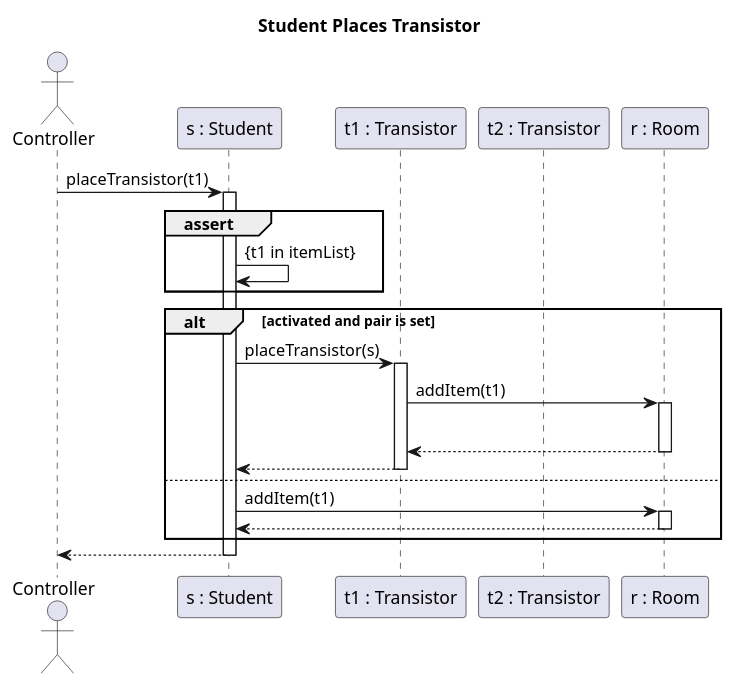
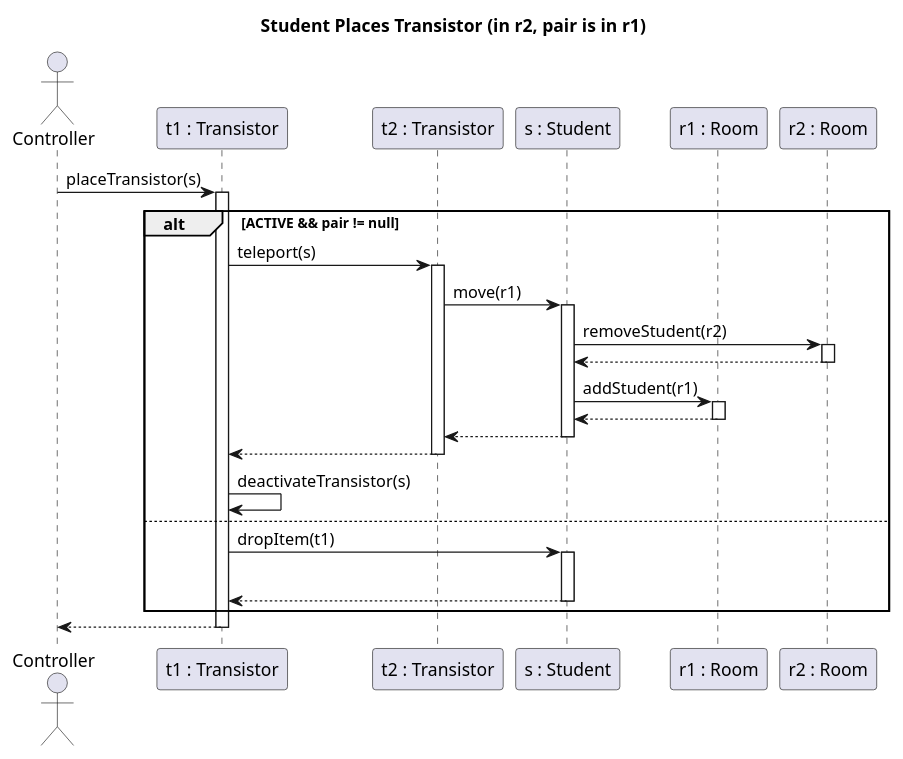
One commit to MBakter/echo changed the diagram in docs/transistor/place_transistor.plantuml. Above: the diagram before and after it, drawn with PlantUML. The commit also changed 10 other files, not shown here.

Commit message:
new transistor sequence

```diff
--- a/docs/transistor/place_transistor.plantuml
+++ b/docs/transistor/place_transistor.plantuml
@@ -1,53 +1,67 @@
 @startuml
-title Student Places Transistor
+title Student Places Transistor (in r2, pair is in r1)
 
 actor Controller as c order 10
 participant "t1 : Transistor" as Transistor order 30
-participant "s : Student" as Student order 20
+participant "s : Student" as Student order 41
 participant "t2 : Transistor" as Transistor2 order 40
-participant "r : Room" as Room order 50
+participant "r1 : Room" as Room order 50
+participant "r2 : Room" as Room2 order 60
 
-c -> Student : placeTransistor(t1)
-activate Student
+c -> Transistor : placeTransistor(s)
+activate Transistor
 
-    group assert
+/'     group assert
         Student -> Student : {t1 in itemList}
-    end
+    end '/
 
-    alt activated and pair is set
-
-        Student -> Transistor : placeTransistor(s)
-        activate Transistor
-            
-
-                Transistor -> Room: addItem(t1)
-
-                    activate Room
-                        ' Room -> Room: Move(s)
-
-                    |||
-                    Transistor <-- Room
-                    deactivate Room
-
+    alt ACTIVE && pair != null
 
             
 
-            Student <-- Transistor
-        deactivate Transistor
+                Transistor -> Transistor2: teleport(s)
+                activate Transistor2
+                    ' Room -> Room: Move(s)
+
+                    Transistor2 -> Student: move(r1)
+                    activate Student
+
+
+                        Student -> Room2: removeStudent(r2)
+                        activate Room2
+                            Student <-- Room2
+                        deactivate Room2
+
+                        Student -> Room: addStudent(r1)
+                        activate Room
+                            Student <-- Room
+                        deactivate Room
+                    
+                        Transistor2 <-- Student
+                    deactivate Student
+                
+                    Transistor <-- Transistor2
+                deactivate Transistor2
+
+                        Transistor -> Transistor: deactivateTransistor(s)
+
     else
 
-        Student -> Room : addItem(t1)
-        activate Room
-            Student <-- Room 
-        deactivate Room
+                    Transistor -> Student: dropItem(t1)
+                    activate Student
+                        |||
+                    
+                        Transistor <-- Student
+                    deactivate Student
+
 
     end
 
 
-    c <-- Student 
-deactivate Student
+    c <-- Transistor 
+deactivate Transistor
 
 
 
 
 @enduml
```
